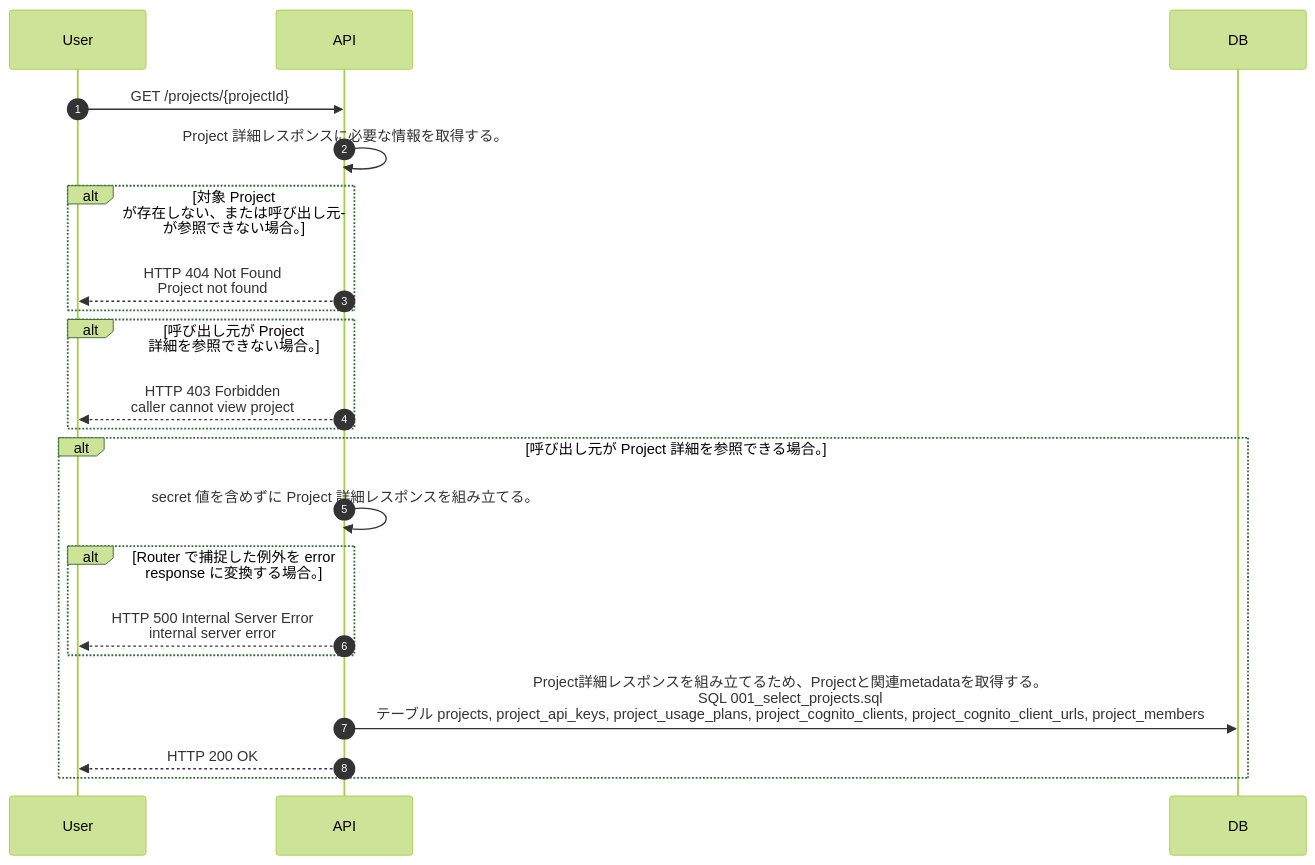
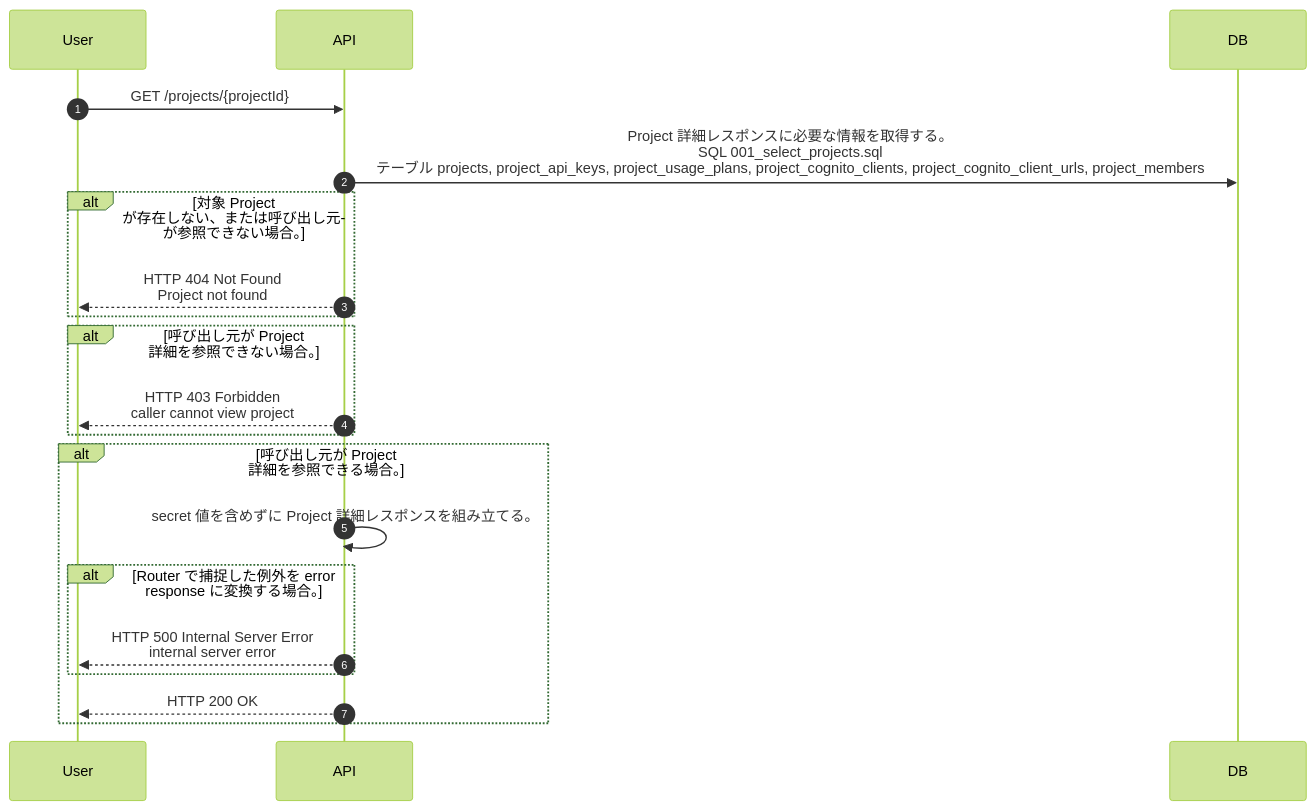
The diagram in docs/spec/40.apis/projects/get_project/sequence_gen.md (tsuji-tomonori/lazunex), drawn with Mermaid (forest theme) before and after one commit. The commit also changed 14 other files, not shown here.

````diff
--- a/docs/spec/40.apis/projects/get_project/sequence_gen.md
+++ b/docs/spec/40.apis/projects/get_project/sequence_gen.md
@@ -5,23 +5,22 @@
 ```mermaid
 sequenceDiagram
   autonumber
   participant User as User
   participant API as API
   participant DB as DB
   User->>API: GET /projects/{projectId}
-  API->>API: Project 詳細レスポンスに必要な情報を取得する。
+  API->>DB: Project 詳細レスポンスに必要な情報を取得する。<br/>SQL 001_select_projects.sql<br/>テーブル projects, project_api_keys, project_usage_plans, project_cognito_clients, project_cognito_client_urls, project_members
   alt 対象 Project が存在しない、または呼び出し元が参照できない場合。
     API-->>User: HTTP 404 Not Found<br/>Project not found
   end
   alt 呼び出し元が Project 詳細を参照できない場合。
     API-->>User: HTTP 403 Forbidden<br/>caller cannot view project
   end
   alt 呼び出し元が Project 詳細を参照できる場合。
     API->>API: secret 値を含めずに Project 詳細レスポンスを組み立てる。
     alt Router で捕捉した例外を error response に変換する場合。
       API-->>User: HTTP 500 Internal Server Error<br/>internal server error
     end
-    API->>DB: Project詳細レスポンスを組み立てるため、Projectと関連metadataを取得する。<br/>SQL 001_select_projects.sql<br/>テーブル projects, project_api_keys, project_usage_plans, project_cognito_clients, project_cognito_client_urls, project_members
     API-->>User: HTTP 200 OK
   end
 ```
````
